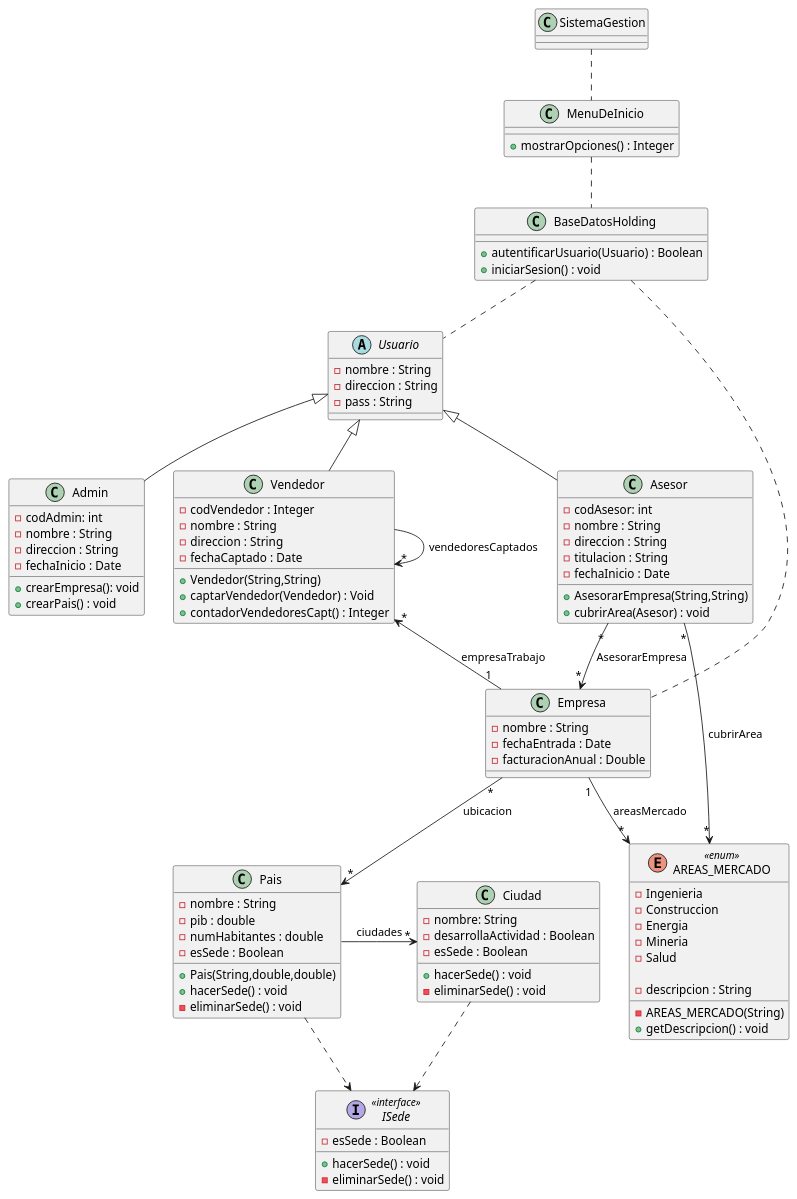
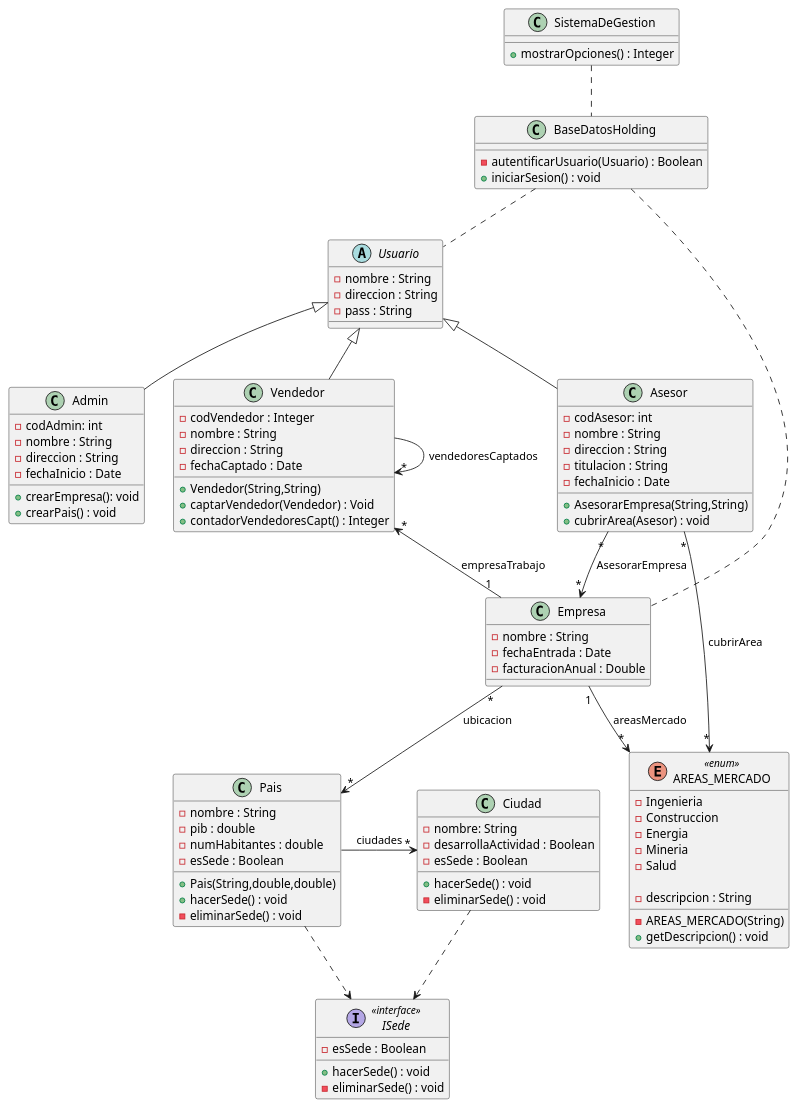
Before and after one commit to maxi-stein/Proyecto-Programacion-2: the diagram in proyecto-programacion2/src/holding/diagrama-de-clases.puml, drawn with PlantUML. The commit also changed 5 other files, not shown here.

```diff
--- a/proyecto-programacion2/src/holding/diagrama-de-clases.puml
+++ b/proyecto-programacion2/src/holding/diagrama-de-clases.puml
@@ -1,113 +1,109 @@
 @startuml
-class SistemaGestion{
-
-}
-
-class MenuDeInicio{
+class SistemaDeGestion{
 +mostrarOpciones() : Integer
 }
 
 class BaseDatosHolding{
-+autentificarUsuario(Usuario) : Boolean
+-autentificarUsuario(Usuario) : Boolean
 +iniciarSesion() : void
 }
 
 abstract Usuario{
 -nombre : String
 -direccion : String
 -pass : String
 }
 
 class Vendedor extends Usuario{
     -codVendedor : Integer
     -nombre : String
     -direccion : String
     -fechaCaptado : Date
     +Vendedor(String,String)
     +captarVendedor(Vendedor) : Void
     +contadorVendedoresCapt() : Integer
 }
 
 class Empresa{
     -nombre : String
     -fechaEntrada : Date
     -facturacionAnual : Double
 
 }
 
 enum  AREAS_MERCADO <<enum>> {
     -Ingenieria
     -Construccion
     -Energia
     -Mineria
     -Salud
 
     -descripcion : String
 
     -AREAS_MERCADO(String)
     +getDescripcion() : void
 
 }
 
 class Pais{
     -nombre : String
     -pib : double
     -numHabitantes : double
     -esSede : Boolean
 
     +Pais(String,double,double)
     +hacerSede() : void
     -eliminarSede() : void
 }
 
 class Ciudad{
     -nombre: String
     -desarrollaActividad : Boolean
     -esSede : Boolean
 
     +hacerSede() : void
     -eliminarSede() : void
 }
 
 interface ISede <<interface>>{
     -esSede : Boolean
     +hacerSede() : void
     -eliminarSede() : void
 }
 
 class Asesor extends Usuario{
 -codAsesor: int
 -nombre : String
 -direccion : String
 -titulacion : String
 -fechaInicio : Date
 +AsesorarEmpresa(String,String)
 +cubrirArea(Asesor) : void
 }
 
 class Admin extends Usuario{
 -codAdmin: int
 -nombre : String
 -direccion : String
 -fechaInicio : Date
 +crearEmpresa(): void
 +crearPais() : void
 
 }
 
-SistemaGestion -. MenuDeInicio
-MenuDeInicio -. BaseDatosHolding
+
+SistemaDeGestion -. BaseDatosHolding
 BaseDatosHolding -. Usuario
 BaseDatosHolding -. Empresa
 Vendedor "*"<-- "1" Empresa : empresaTrabajo
 Vendedor -> "*" Vendedor : vendedoresCaptados
 Empresa "1"--> "*" AREAS_MERCADO : areasMercado
 Empresa "*" --> "*" Pais : ubicacion
 Pais -> "*" Ciudad : ciudades
 Pais -.> ISede
 Ciudad -.> ISede
 Asesor "*"--> "*" AREAS_MERCADO : cubrirArea
 Asesor "*" --> "*" Empresa : AsesorarEmpresa
 
 
 @enduml
```
